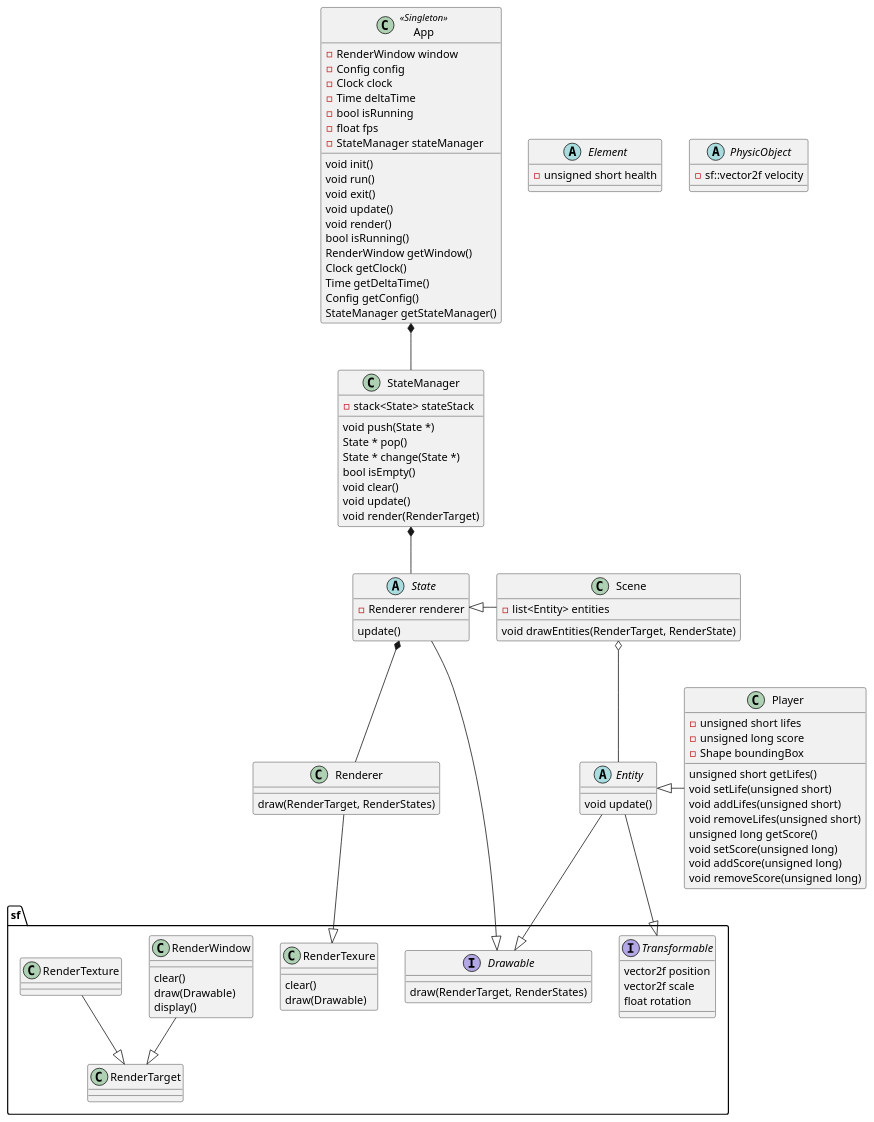
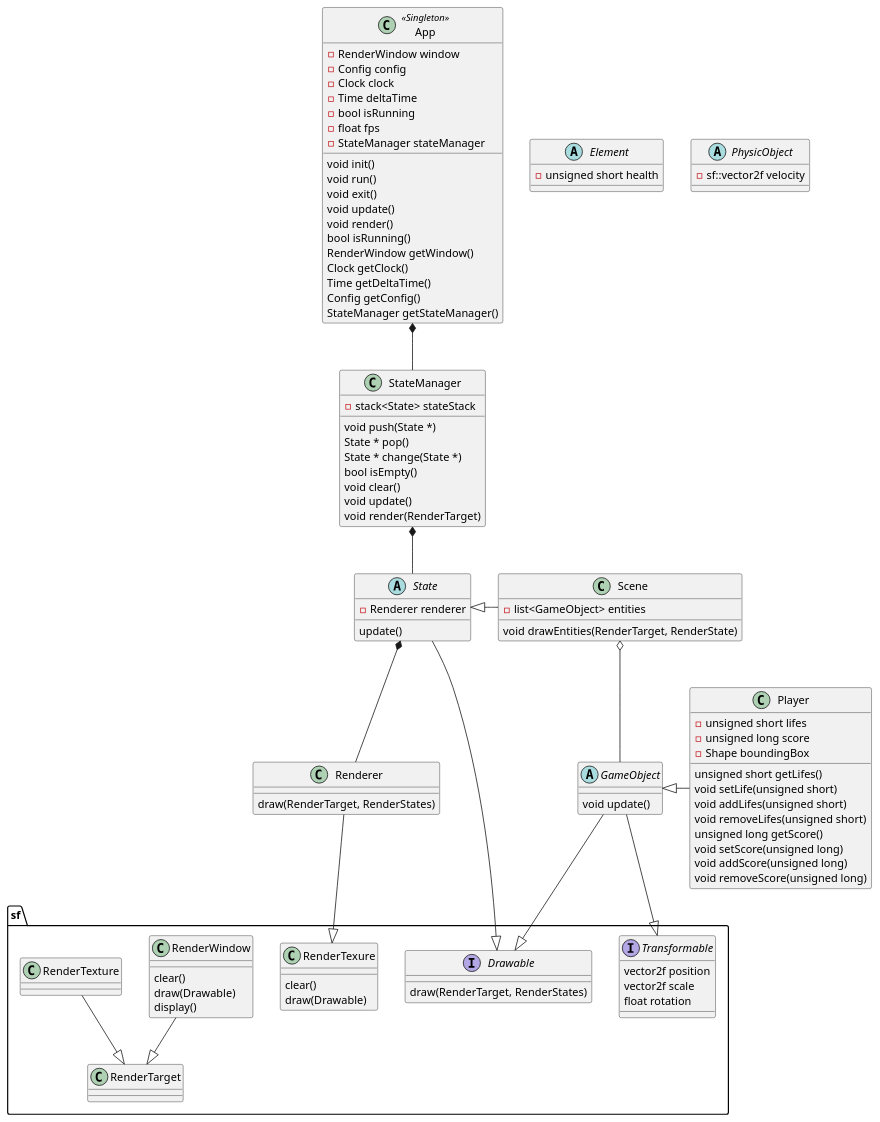
One commit to Pixotters/FROG changed the diagram in examples/dodger/class_diagram.pu. Above: the diagram before and after it, drawn with PlantUML. The commit also changed 1 other file, not shown here.

Commit message:
updated the docs about "Entity renamed as GameObject"

```diff
--- a/examples/dodger/class_diagram.pu
+++ b/examples/dodger/class_diagram.pu
@@ -1,116 +1,116 @@
 @startuml
 
 namespace sf {
     interface Transformable{
       vector2f position
       vector2f scale
       float rotation
     }
     interface Drawable{
         draw(RenderTarget, RenderStates)
     }
     class RenderTarget
     class RenderTexure{
         clear()
         draw(Drawable)
     }   
     class RenderWindow{
           clear()
           draw(Drawable)
           display()
     }
 }
 
 class App << Singleton >>{
       -RenderWindow window
       -Config config
       -Clock clock
       -Time deltaTime
       -bool isRunning
       -float fps
       -StateManager stateManager
      void init()
      void run() 
      void exit()
      void update()
      void render()
      bool isRunning() 
      RenderWindow getWindow()
      Clock getClock()
      Time getDeltaTime()
      Config getConfig()
      StateManager getStateManager()
 }
 
 class StateManager{
       -stack<State> stateStack
       void push(State *)
       State * pop()
       State * change(State *)
       bool isEmpty()
       void clear()
       void update()
       void render(RenderTarget)
 }
 
 abstract class State{
       -Renderer renderer
       update()
 }
 
 class Renderer{
       draw(RenderTarget, RenderStates)
 }
 
 class Scene{
-      -list<Entity> entities
+      -list<GameObject> entities
       void drawEntities(RenderTarget, RenderState)
 }
 
-abstract class Entity{
+abstract class GameObject{
       void update()
 }
 
 abstract class Element{
       -unsigned short health
 }
 
 class Player{
       -unsigned short lifes
       -unsigned long score
       -Shape boundingBox
       unsigned short getLifes()
       void setLife(unsigned short)
       void addLifes(unsigned short)
       void removeLifes(unsigned short)
       unsigned long getScore()
       void setScore(unsigned long)
       void addScore(unsigned long)
       void removeScore(unsigned long)
 }
 
 abstract class PhysicObject{
       -sf::vector2f velocity
 }
 
 App *-- StateManager
 StateManager *-- State
 State --|> sf.Drawable
 State *-- Renderer
 Renderer --|> sf.RenderTexure
 Scene -left-|> State
-Scene o-right- Entity
-Entity --|> sf.Transformable
-Entity --|> sf.Drawable
-Player -left-|> Entity
-'Bullet -left-|> Entity
-'Element -left-|> Entity
+Scene o-right- GameObject
+GameObject --|> sf.Transformable
+GameObject --|> sf.Drawable
+Player -left-|> GameObject
+'Bullet -left-|> GameObject
+'Element -left-|> GameObject
 'Target -left-|> Element
 'Enemy -left-|> Element
 'App o-- InputHandler
 'Element --|> PhysicObject
 'PhysicObject --|> sf.Transformable
 sf.RenderWindow --|> sf.RenderTarget
 sf.RenderTexture --|> sf.RenderTarget
 
 @enduml
```
